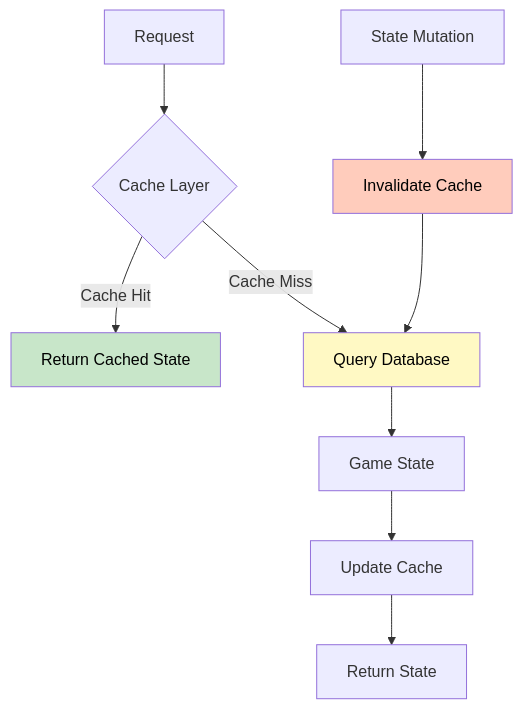
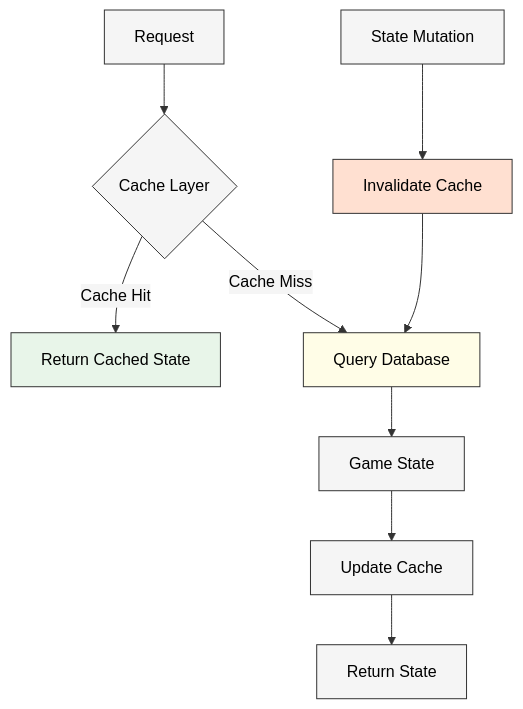
Before and after one commit to sw-game-dev/game-mcp-poc: diagram 14 of 16 in wiki/Data-Flow.md, drawn with Mermaid. The commit also changed other lines of this file and 6 other files, not shown here.

First line of the commit message:
fix: Improve mermaid diagram contrast with theme and lighter colors

````diff
--- a/wiki/Data-Flow.md
+++ b/wiki/Data-Flow.md
@@ -511,18 +524,19 @@
 ```mermaid
+%%{init: {'theme':'base', 'themeVariables': {'primaryColor':'#f5f5f5','primaryTextColor':'#000','primaryBorderColor':'#333','lineColor':'#333','secondaryColor':'#f5f5f5','tertiaryColor':'#f5f5f5'}}}%%
 graph TB
     A[Request] --> B{Cache Layer}
 
     B -->|Cache Hit| C[Return Cached State]
     B -->|Cache Miss| D[Query Database]
 
     D --> E[Game State]
     E --> F[Update Cache]
     F --> G[Return State]
 
     H[State Mutation] --> I[Invalidate Cache]
     I --> D
 
-    style C fill:#c8e6c9,color:#000
-    style D fill:#fff9c4,color:#000
-    style I fill:#ffccbc,color:#000
+    style C fill:#e8f5e9,color:#000
+    style D fill:#fffde7,color:#000
+    style I fill:#ffe0d1,color:#000
 ```
````
